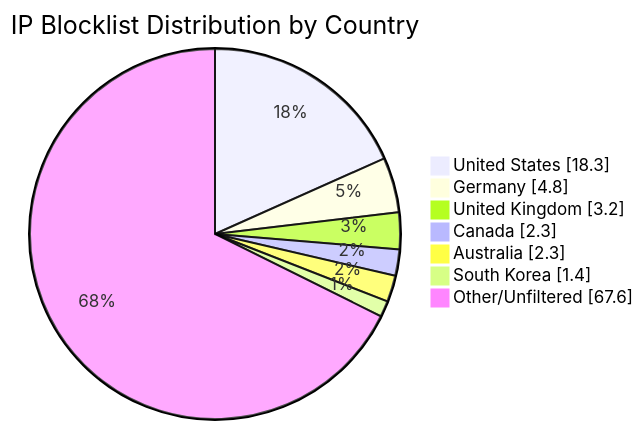
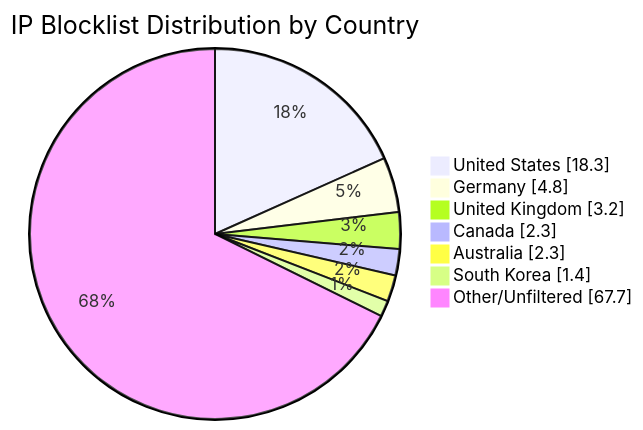
Before and after one commit to MarcusHoltz/ipblocklist-geofiltered-aggregator: the diagram in README.md, drawn with Mermaid. The commit also changed other lines of this file and 9 other files, not shown here.

````diff
--- a/README.md
+++ b/README.md
@@ -34,10 +34,10 @@
 ```mermaid
 pie showData title IP Blocklist Distribution by Country
 "United States" : 18.3
 "Germany" : 4.8
 "United Kingdom" : 3.2
 "Canada" : 2.3
 "Australia" : 2.3
 "South Korea" : 1.4
-"Other/Unfiltered" : 67.6
+"Other/Unfiltered" : 67.7
 ```
````
